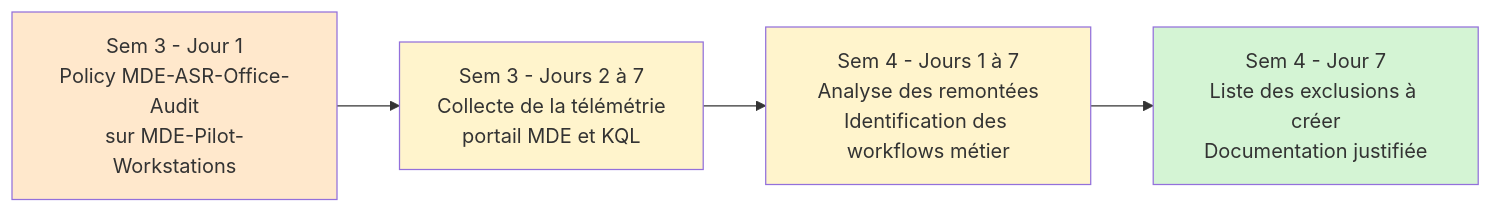
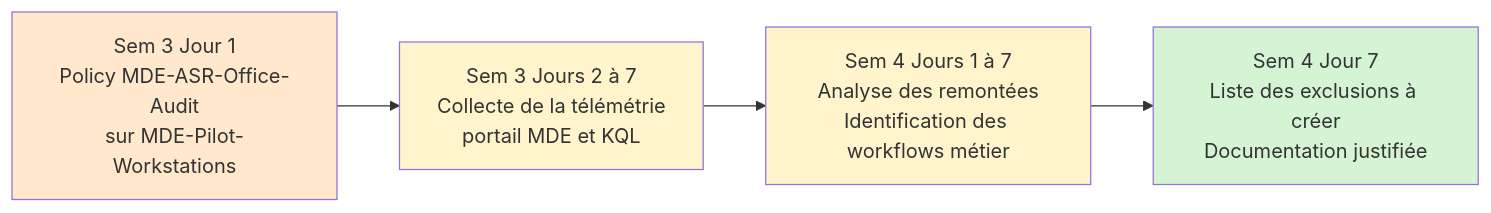
Before and after one commit to sebastienmiro/mde-foundations: the fourth of 8 diagrams in docs/fr/04-plan-deploiement.md, drawn with Mermaid. The commit also changed other lines of this file, not shown here.

````diff
--- a/docs/fr/04-plan-deploiement.md
+++ b/docs/fr/04-plan-deploiement.md
@@ -121,11 +123,11 @@
 ```mermaid
 flowchart LR
-    A[Sem 3 - Jour 1<br/>Policy MDE-ASR-Office-Audit<br/>sur MDE-Pilot-Workstations] --> B[Sem 3 - Jours 2 à 7<br/>Collecte de la télémétrie<br/>portail MDE et KQL]
-    B --> C[Sem 4 - Jours 1 à 7<br/>Analyse des remontées<br/>Identification des workflows métier]
-    C --> D[Sem 4 - Jour 7<br/>Liste des exclusions à créer<br/>Documentation justifiée]
+    A[Sem 3 Jour 1<br/>Policy MDE-ASR-Office-Audit<br/>sur MDE-Pilot-Workstations] --> B[Sem 3 Jours 2 à 7<br/>Collecte de la télémétrie<br/>portail MDE et KQL]
+    B --> C[Sem 4 Jours 1 à 7<br/>Analyse des remontées<br/>Identification des workflows métier]
+    C --> D[Sem 4 Jour 7<br/>Liste des exclusions à créer<br/>Documentation justifiée]
 
     style A fill:#ffe8cc
     style B fill:#fff4cc
     style C fill:#fff4cc
     style D fill:#d4f4d4
 ```
````
